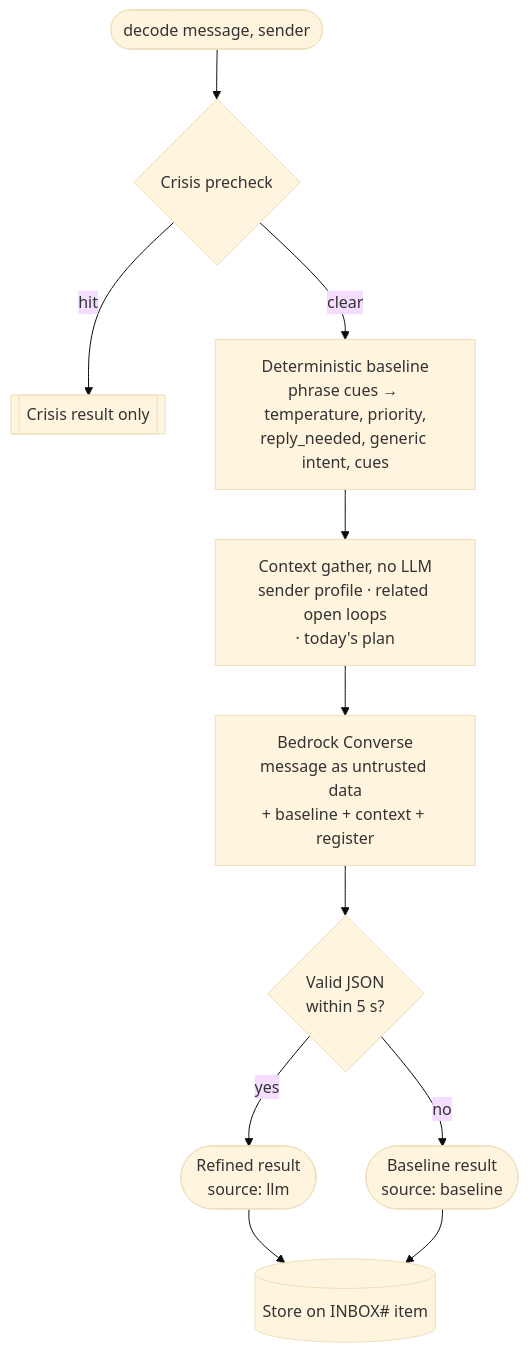
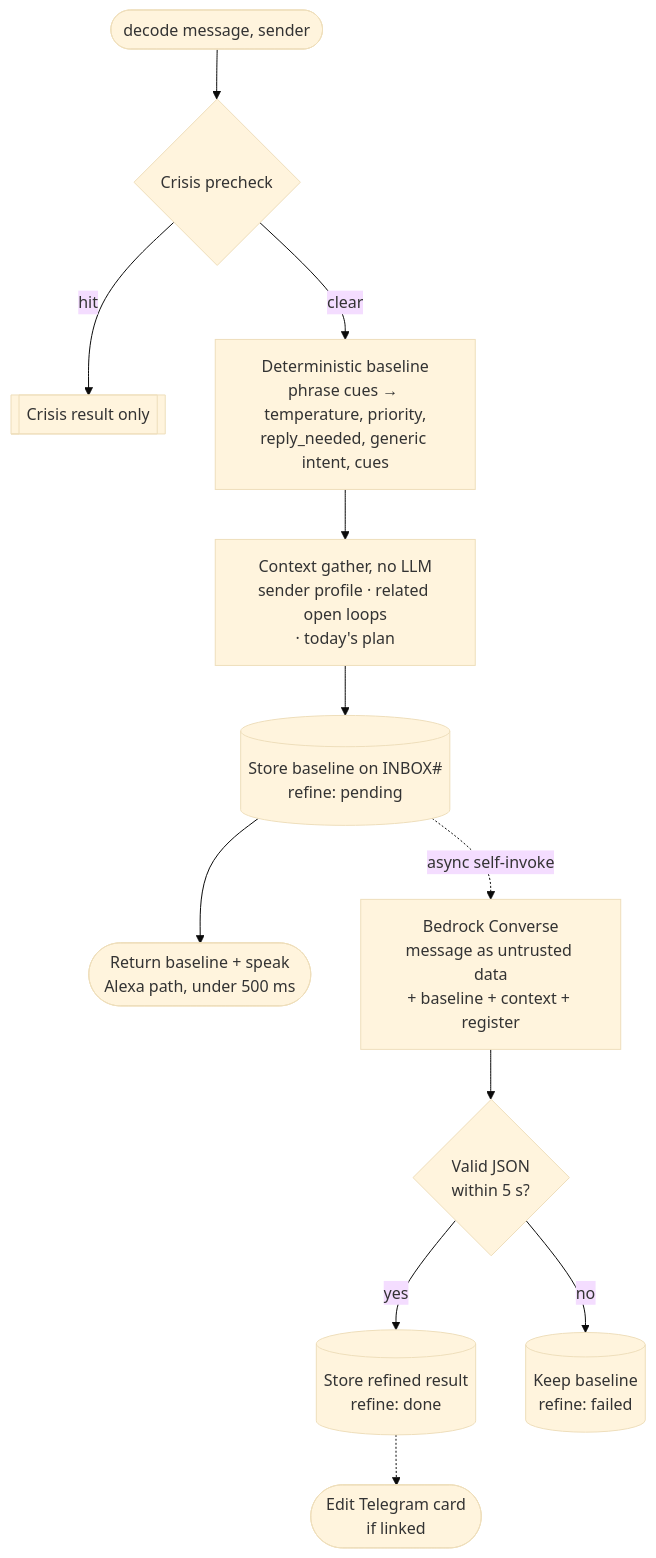
Before and after one commit to navinrc/NeuroCare: the third of 11 diagrams in docs/spec.md, drawn with Mermaid (base theme). The commit also changed other lines of this file and 4 other files, not shown here.

````diff
--- a/docs/spec.md
+++ b/docs/spec.md
@@ -301,13 +321,14 @@
 ```mermaid
 flowchart TD
     IN([decode message, sender]) --> CR{Crisis precheck}
     CR -- hit --> CRISIS[[Crisis result only]]
     CR -- clear --> BASE[Deterministic baseline<br/>phrase cues → temperature, priority,<br/>reply_needed, generic intent, cues]
     BASE --> CTX[Context gather, no LLM<br/>sender profile · related open loops<br/>· today's plan]
-    CTX --> LLM[Bedrock Converse<br/>message as untrusted data<br/>+ baseline + context + register]
+    CTX --> SB[(Store baseline on INBOX#<br/>refine: pending)]
+    SB --> RET([Return baseline + speak<br/>Alexa path, under 500 ms])
+    SB -. async self-invoke .-> LLM[Bedrock Converse<br/>message as untrusted data<br/>+ baseline + context + register]
     LLM --> OK{Valid JSON<br/>within 5 s?}
-    OK -- yes --> R1([Refined result<br/>source: llm])
-    OK -- no --> R2([Baseline result<br/>source: baseline])
-    R1 --> ST[(Store on INBOX# item)]
-    R2 --> ST
+    OK -- yes --> R1[(Store refined result<br/>refine: done)]
+    OK -- no --> R2[(Keep baseline<br/>refine: failed)]
+    R1 -.-> TGE([Edit Telegram card<br/>if linked])
 ```
````
